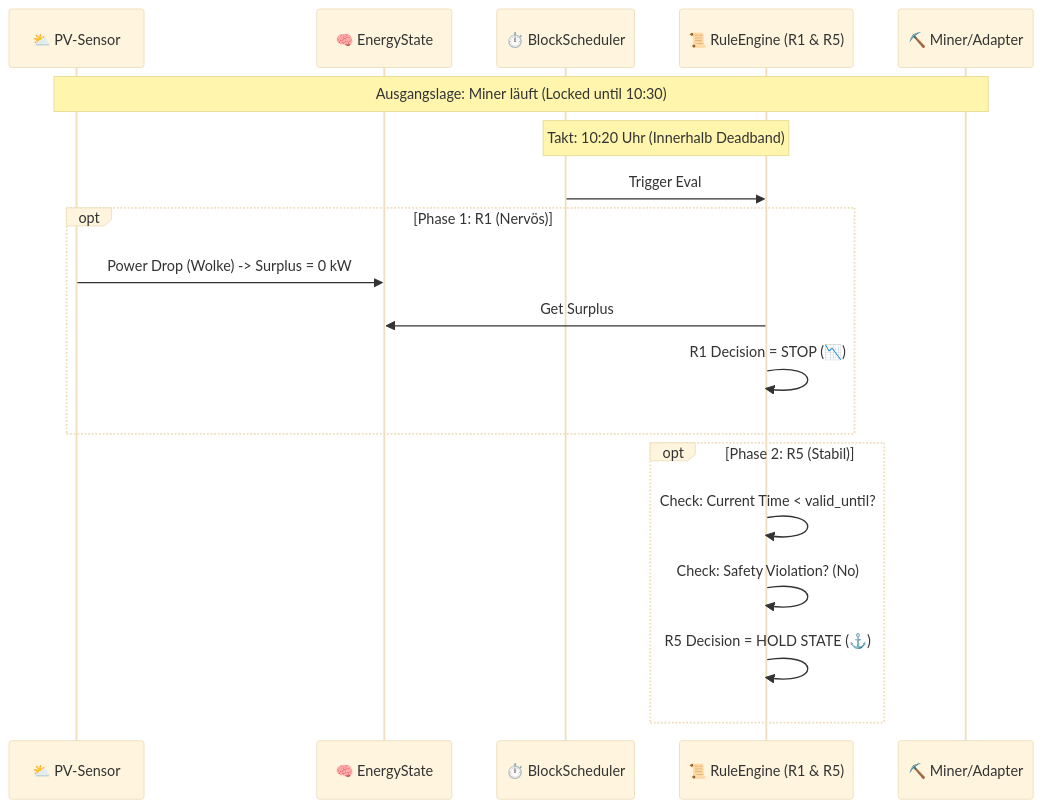
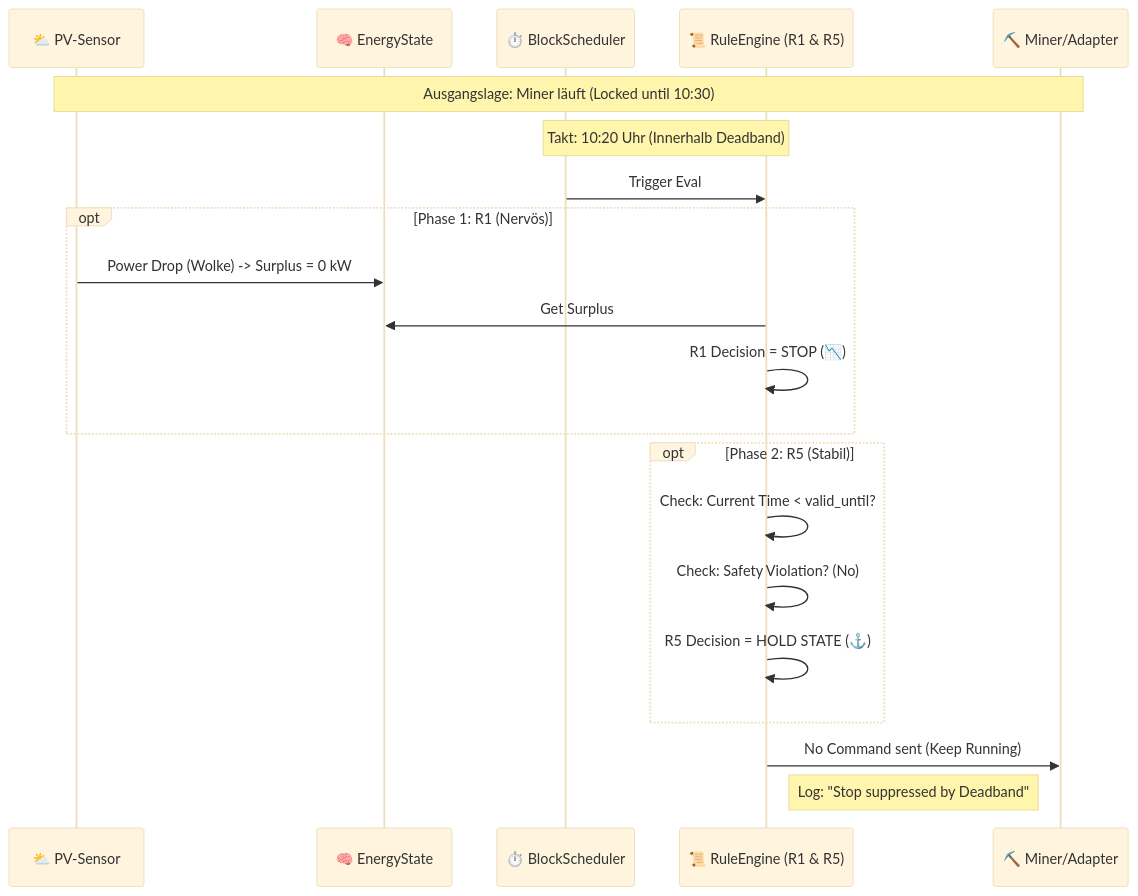
The diagram in docs/architecture/06_runtime_view/0605_deadband_stability.md (bitgrid-research/BitGridAI), drawn with Mermaid (base theme) before and after one commit. The commit also changed other lines of this file, not shown here.

````diff
--- a/docs/architecture/06_runtime_view/0605_deadband_stability.md
+++ b/docs/architecture/06_runtime_view/0605_deadband_stability.md
@@ -16,25 +18,28 @@
 ```mermaid
 sequenceDiagram
     participant PV as ⛅ PV-Sensor
     participant SSoT as 🧠 EnergyState
     participant Sched as ⏱️ BlockScheduler
     participant Rules as 📜 RuleEngine (R1 & R5)
     participant Miner as ⛏️ Miner/Adapter
 
     Note over PV, Miner: Ausgangslage: Miner läuft (Locked until 10:30)
     
     Note over Sched, Rules: Takt: 10:20 Uhr (Innerhalb Deadband)
     Sched->>Rules: Trigger Eval
     
     opt Phase 1: R1 (Nervös)
         PV->>SSoT: Power Drop (Wolke) -> Surplus = 0 kW
         Rules->>SSoT: Get Surplus
         Rules->>Rules: R1 Decision = STOP (📉)
     end
 
     opt Phase 2: R5 (Stabil)
         Rules->>Rules: Check: Current Time < valid_until?
         Rules->>Rules: Check: Safety Violation? (No)
         Rules->>Rules: R5 Decision = HOLD STATE (⚓)
     end
+
+    Rules->>Miner: No Command sent (Keep Running)
+    Note right of Rules: Log: "Stop suppressed by Deadband"
 ```
````
